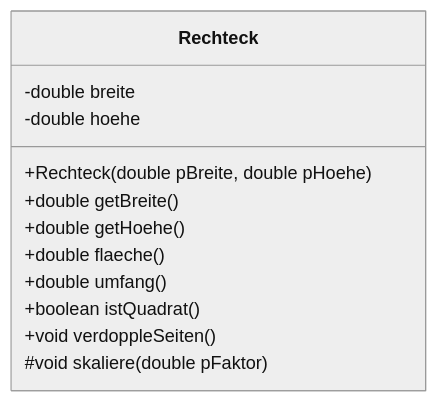
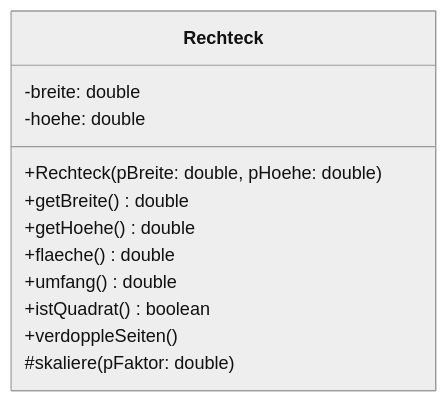
One commit to openpatch/hyperbook-informatik changed the fifth of 5 diagrams in book/oberstufe/oop/02-erweiterungen/01-vertiefte-objektorientierung/01-implementationsdiagramme.md. Above: the diagram before and after it, drawn with Mermaid (neutral theme). The commit also changed other lines of this file and 19 other files, not shown here.

Commit message:
richtige implementationsdiagramme

````diff
--- a/book/oberstufe/oop/02-erweiterungen/01-vertiefte-objektorientierung/01-implementationsdiagramme.md
+++ b/book/oberstufe/oop/02-erweiterungen/01-vertiefte-objektorientierung/01-implementationsdiagramme.md
@@ -366,15 +368,15 @@
 ```mermaid
 classDiagram
     class Rechteck {
-        -double breite
-        -double hoehe
-        +Rechteck(double pBreite, double pHoehe)
-        +double getBreite()
-        +double getHoehe()
-        +double flaeche()
-        +double umfang()
-        +boolean istQuadrat()
-        +void verdoppleSeiten()
-        #void skaliere(double pFaktor)
+        -breite: double
+        -hoehe: double
+        +Rechteck(pBreite: double, pHoehe: double)
+        +getBreite() double
+        +getHoehe() double
+        +flaeche() double
+        +umfang() double
+        +istQuadrat() boolean
+        +verdoppleSeiten()
+        #skaliere(pFaktor: double)
     }
 ```
````
